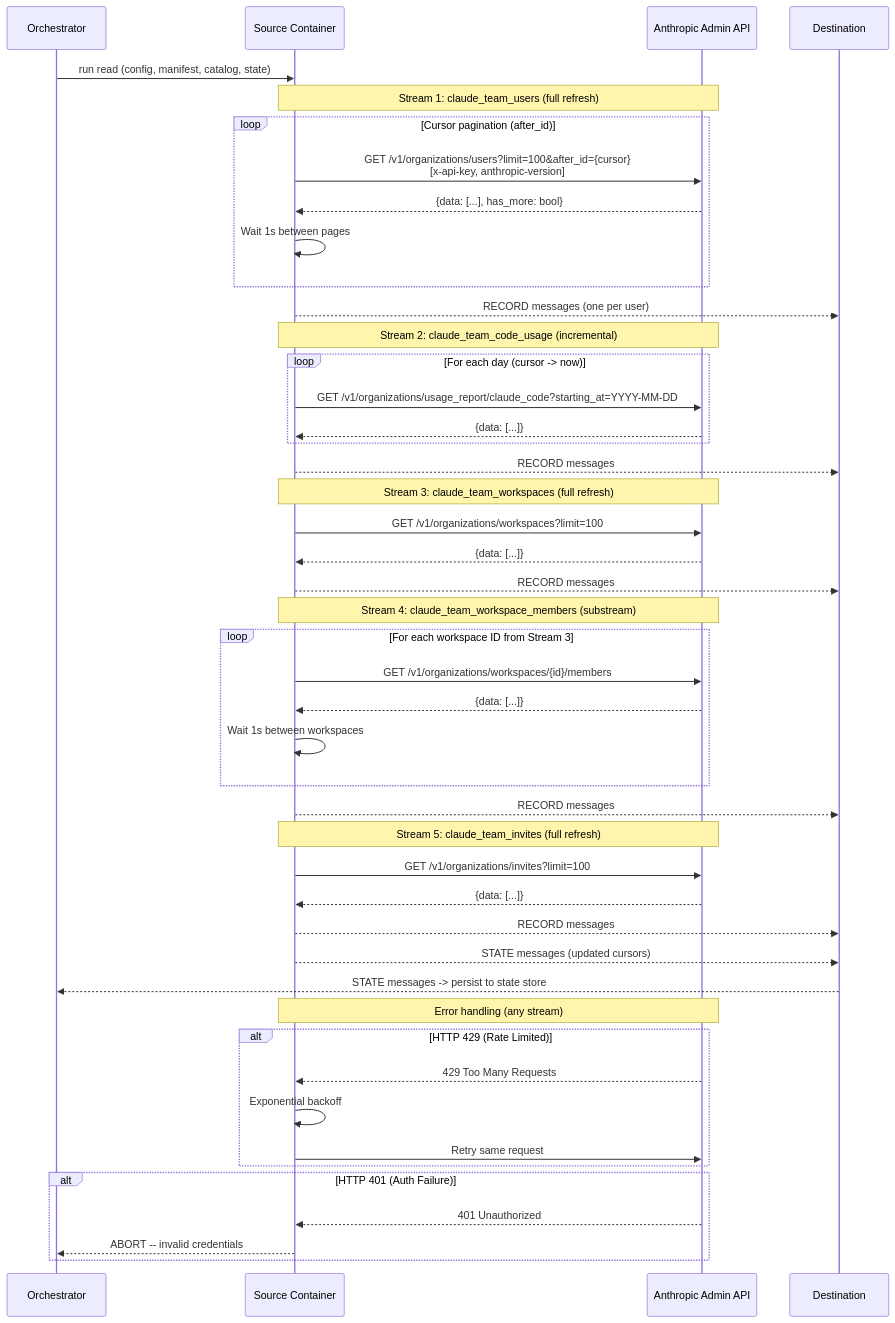
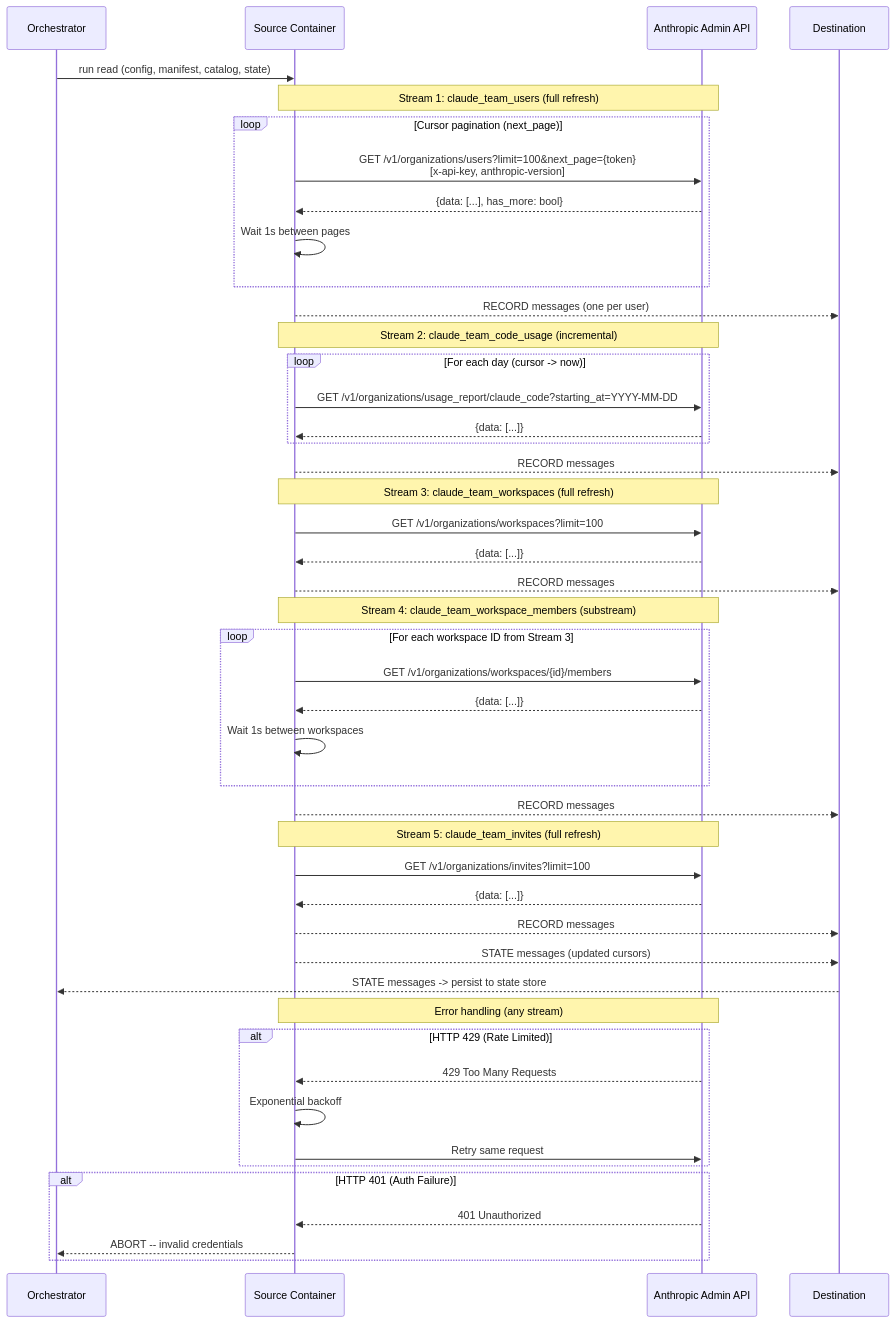
The third of 3 diagrams in docs/components/connectors/ai/claude-team/specs/DESIGN.md (dzarlax/insight), drawn with Mermaid before and after one commit. The commit also changed other lines of this file and 20 other files, not shown here.

Commit message:
Initializes databases and tables, adds migration few one-time sql's to fill person and alias tables from claude and cursor users

````diff
--- a/docs/components/connectors/ai/claude-team/specs/DESIGN.md
+++ b/docs/components/connectors/ai/claude-team/specs/DESIGN.md
@@ -526,56 +533,56 @@
 ```mermaid
 sequenceDiagram
     participant Orch as Orchestrator
     participant Src as Source Container
     participant AApi as Anthropic Admin API
     participant Dest as Destination
 
     Orch->>Src: run read (config, manifest, catalog, state)
 
     Note over Src,AApi: Stream 1: claude_team_users (full refresh)
-    loop Cursor pagination (after_id)
-        Src->>AApi: GET /v1/organizations/users?limit=100&after_id={cursor}<br/>[x-api-key, anthropic-version]
+    loop Cursor pagination (next_page)
+        Src->>AApi: GET /v1/organizations/users?limit=100&next_page={token}<br/>[x-api-key, anthropic-version]
         AApi-->>Src: {data: [...], has_more: bool}
         Src->>Src: Wait 1s between pages
     end
     Src-->>Dest: RECORD messages (one per user)
 
     Note over Src,AApi: Stream 2: claude_team_code_usage (incremental)
     loop For each day (cursor -> now)
         Src->>AApi: GET /v1/organizations/usage_report/claude_code?starting_at=YYYY-MM-DD
         AApi-->>Src: {data: [...]}
     end
     Src-->>Dest: RECORD messages
 
     Note over Src,AApi: Stream 3: claude_team_workspaces (full refresh)
     Src->>AApi: GET /v1/organizations/workspaces?limit=100
     AApi-->>Src: {data: [...]}
     Src-->>Dest: RECORD messages
 
     Note over Src,AApi: Stream 4: claude_team_workspace_members (substream)
     loop For each workspace ID from Stream 3
         Src->>AApi: GET /v1/organizations/workspaces/{id}/members
         AApi-->>Src: {data: [...]}
         Src->>Src: Wait 1s between workspaces
     end
     Src-->>Dest: RECORD messages
 
     Note over Src,AApi: Stream 5: claude_team_invites (full refresh)
     Src->>AApi: GET /v1/organizations/invites?limit=100
     AApi-->>Src: {data: [...]}
     Src-->>Dest: RECORD messages
 
     Src-->>Dest: STATE messages (updated cursors)
     Dest-->>Orch: STATE messages -> persist to state store
 
     Note over Src,AApi: Error handling (any stream)
     alt HTTP 429 (Rate Limited)
         AApi-->>Src: 429 Too Many Requests
         Src->>Src: Exponential backoff
         Src->>AApi: Retry same request
     end
     alt HTTP 401 (Auth Failure)
         AApi-->>Src: 401 Unauthorized
         Src-->>Orch: ABORT -- invalid credentials
     end
 ```
````
